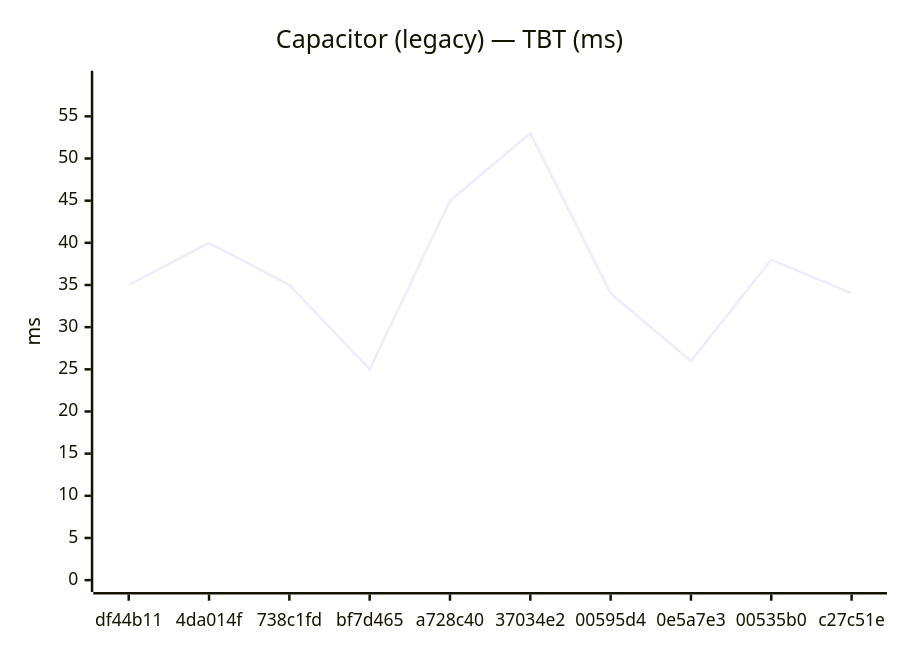
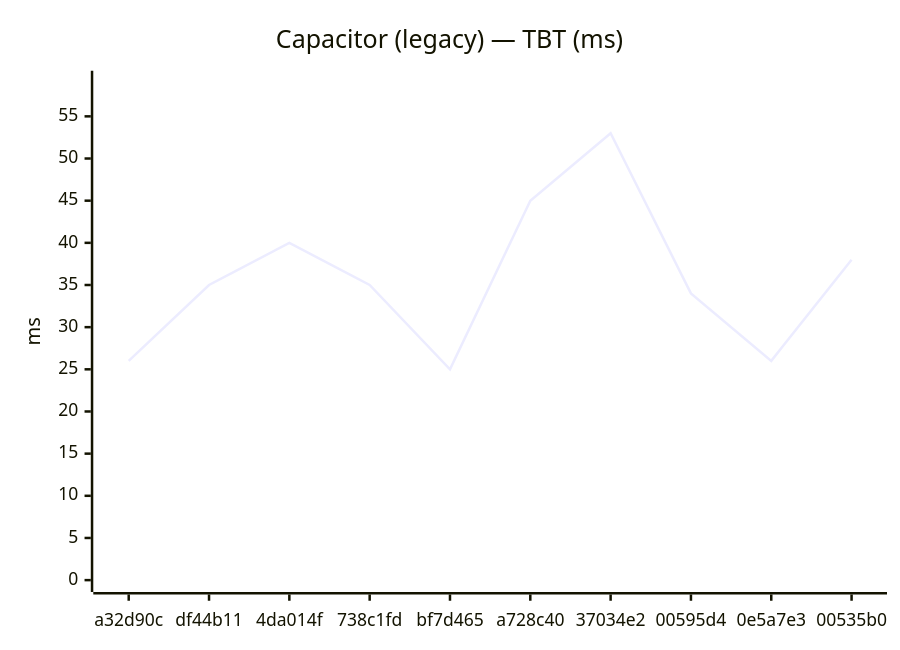
One commit to Metaheurist/Rianell changed the sixth of 24 diagrams in benchmarks/compare.md. Above: the diagram before and after it, drawn with Mermaid. The commit also changed other lines of this file and 12 other files, not shown here.

````diff
--- a/benchmarks/compare.md
+++ b/benchmarks/compare.md
@@ -91,7 +91,7 @@
 ```mermaid
 xychart-beta
     title "Capacitor (legacy) — TBT (ms)"
-    x-axis ["df44b11", "4da014f", "738c1fd", "bf7d465", "a728c40", "37034e2", "00595d4", "0e5a7e3", "00535b0", "c27c51e"]
+    x-axis ["a32d90c", "df44b11", "4da014f", "738c1fd", "bf7d465", "a728c40", "37034e2", "00595d4", "0e5a7e3", "00535b0"]
     y-axis "ms" 0 --> 59
-    line [35, 40, 35, 25, 45, 53, 34, 26, 38, 34]
+    line [26, 35, 40, 35, 25, 45, 53, 34, 26, 38]
 ```
````
